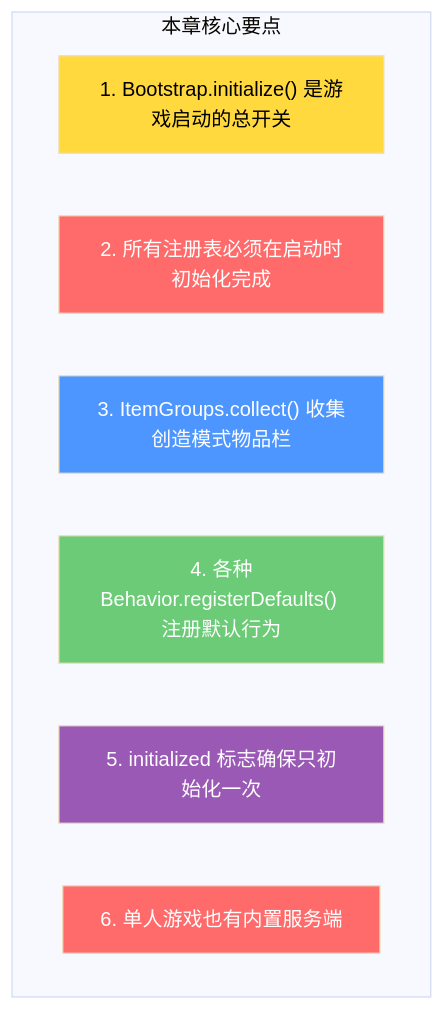
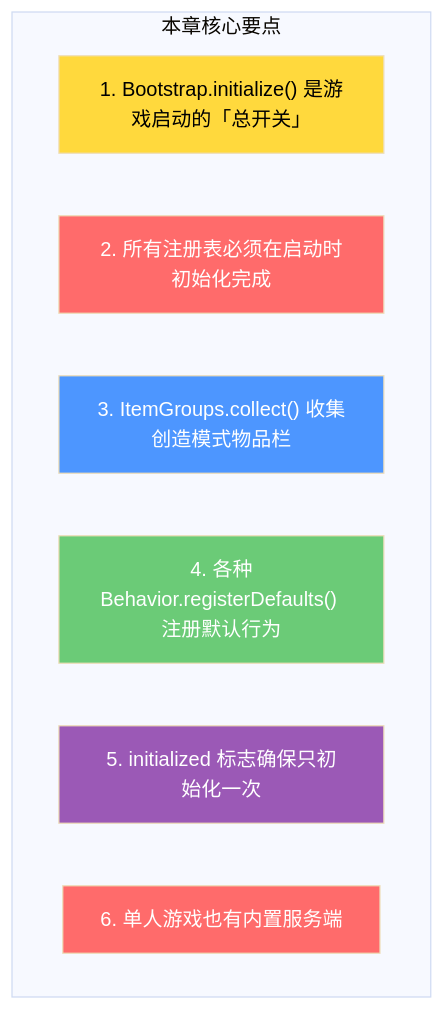
The tenth of 10 diagrams in content/mc/1.21/tutorials/Part-1-Foundation/07-bootstrap-flow.md (BaiGave/Minecraft-Learning), drawn with Mermaid (base theme) before and after one commit. The commit also changed 304 other files, not shown here.

````diff
--- a/content/mc/1.21/tutorials/Part-1-Foundation/07-bootstrap-flow.md
+++ b/content/mc/1.21/tutorials/Part-1-Foundation/07-bootstrap-flow.md
@@ -526,18 +526,18 @@
 ```mermaid
 flowchart TB
     subgraph 核心要点["本章核心要点"]
-        E1["1. Bootstrap.initialize() 是游戏启动的"总开关""]
+        E1["1. Bootstrap.initialize() 是游戏启动的「总开关」"]
         E2["2. 所有注册表必须在启动时初始化完成"]
         E3["3. ItemGroups.collect() 收集创造模式物品栏"]
         E4["4. 各种Behavior.registerDefaults() 注册默认行为"]
         E5["5. initialized 标志确保只初始化一次"]
         E6["6. 单人游戏也有内置服务端"]
     end
     
     style E1 fill:#ffd93d,color:#000
     style E2 fill:#ff6b6b,color:#fff
     style E3 fill:#4d96ff,color:#fff
     style E4 fill:#6bcb77,color:#fff
     style E5 fill:#9b59b6,color:#fff
     style E6 fill:#ff6b6b,color:#fff
 ```
````
